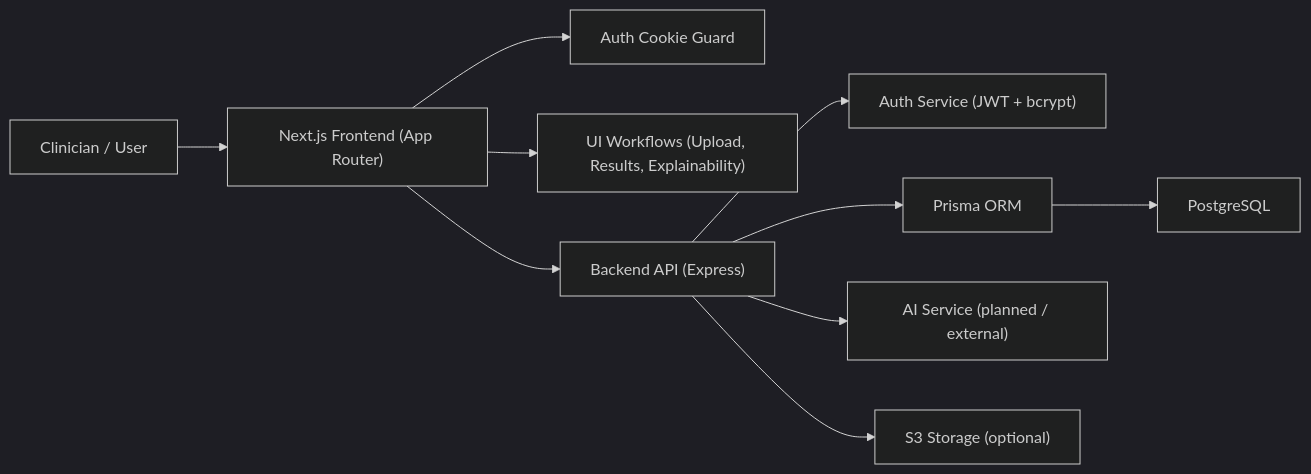
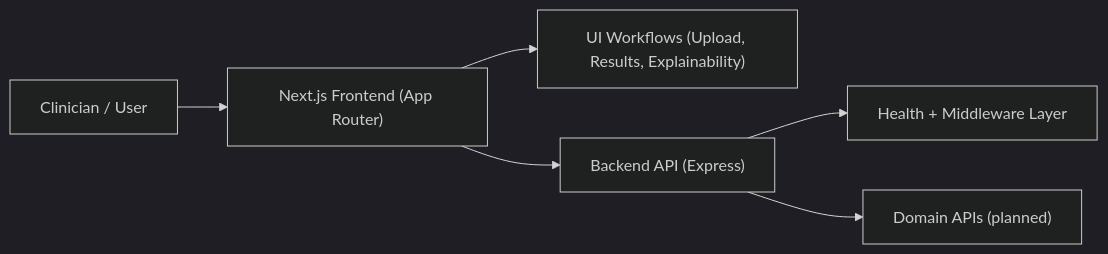
The diagram in README.md (richardwaters9049/LukaScope), drawn with Mermaid (dark theme) before and after one commit. The commit also changed other lines of this file and 45 other files, not shown here.

````diff
--- a/README.md
+++ b/README.md
@@ -98,12 +84,8 @@
 ```mermaid
 flowchart LR
   A["Clinician / User"] --> B["Next.js Frontend (App Router)"]
-  B --> C["Auth Cookie Guard"]
-  B --> D["UI Workflows (Upload, Results, Explainability)"]
-  B --> E["Backend API (Express)"]
-  E --> F["Auth Service (JWT + bcrypt)"]
-  E --> G["Prisma ORM"]
-  G --> H["PostgreSQL"]
-  E --> I["AI Service (planned / external)"]
-  E --> J["S3 Storage (optional)"]
+  B --> C["UI Workflows (Upload, Results, Explainability)"]
+  B --> D["Backend API (Express)"]
+  D --> E["Health + Middleware Layer"]
+  D --> F["Domain APIs (planned)"]
 ```
````
